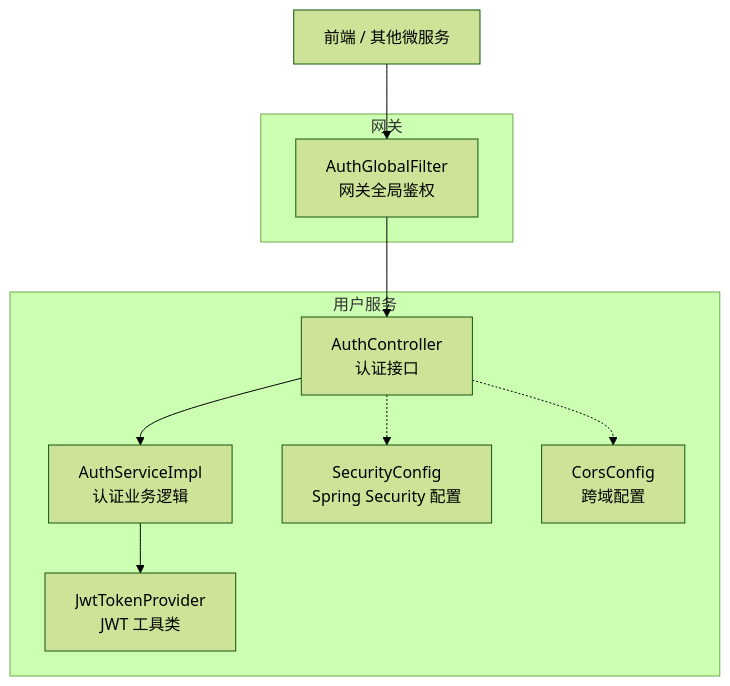
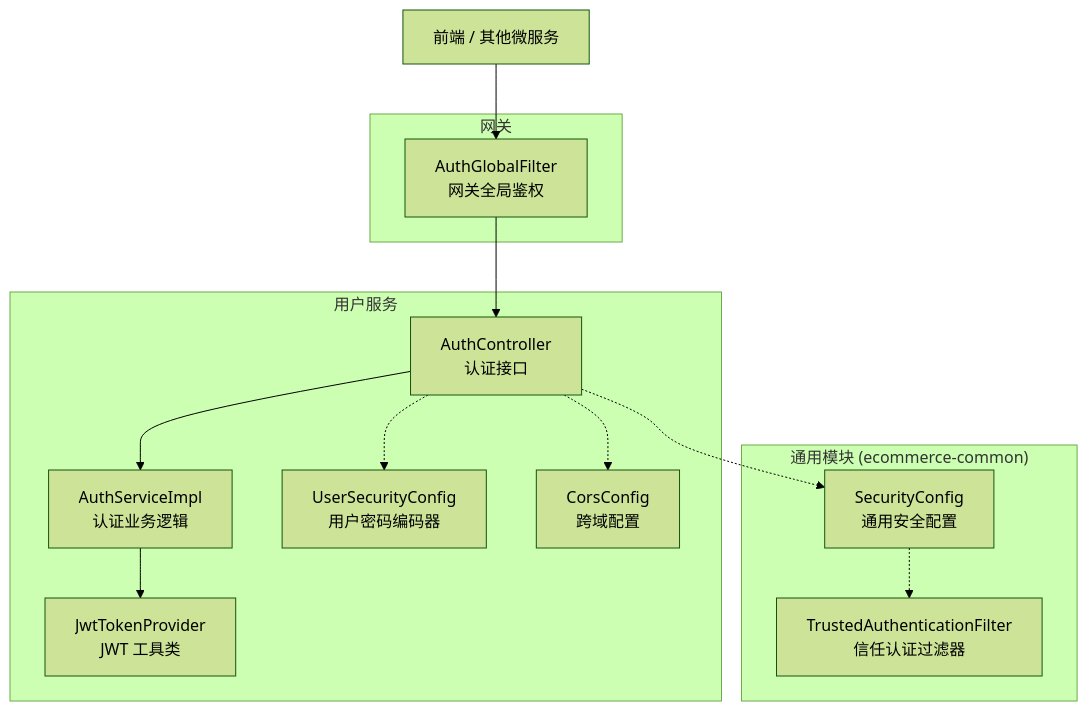
The first of 3 diagrams in .qoder/repowiki/zh/content/后端架构设计/用户服务/用户认证系统.md (haohailiang/qoder-fullstack), drawn with Mermaid (forest theme) before and after one commit. The commit also changed other lines of this file and 36 other files, not shown here.

````diff
--- a/.qoder/repowiki/zh/content/后端架构设计/用户服务/用户认证系统.md
+++ b/.qoder/repowiki/zh/content/后端架构设计/用户服务/用户认证系统.md
@@ -47,19 +57,25 @@
 ```mermaid
 graph TB
+subgraph "通用模块 (ecommerce-common)"
+SEC["SecurityConfig<br/>通用安全配置"]
+TRUSTED["TrustedAuthenticationFilter<br/>信任认证过滤器"]
+end
 subgraph "网关"
 GW["AuthGlobalFilter<br/>网关全局鉴权"]
 end
 subgraph "用户服务"
 AC["AuthController<br/>认证接口"]
 AS["AuthServiceImpl<br/>认证业务逻辑"]
 JTP["JwtTokenProvider<br/>JWT 工具类"]
-SEC["SecurityConfig<br/>Spring Security 配置"]
+USC["UserSecurityConfig<br/>用户密码编码器"]
 CORS["CorsConfig<br/>跨域配置"]
 end
 Client["前端 / 其他微服务"] --> GW
 GW --> AC
 AC --> AS
 AS --> JTP
 AC -.-> SEC
+AC -.-> USC
 AC -.-> CORS
+SEC -.-> TRUSTED
 ```
````
